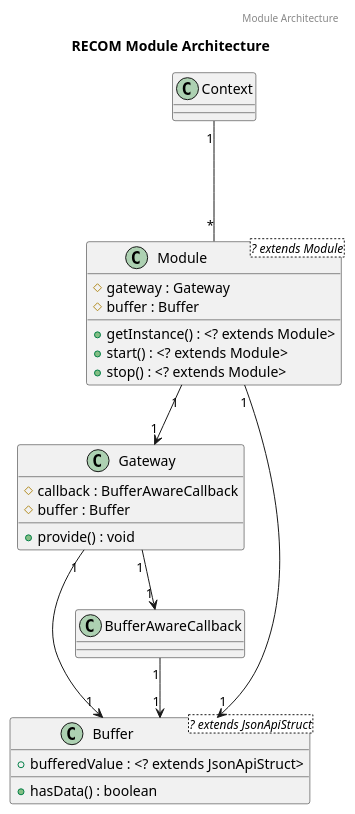
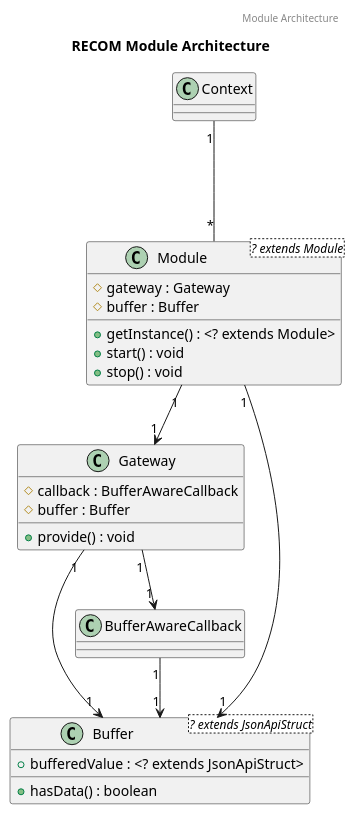
Before and after one commit to svencc/ReforgerCommanderClient: the diagram in docs/ModuleArchitecture.puml, drawn with PlantUML. The commit also changed 2 other files, not shown here.

Commit message:
add module structure doc

```diff
--- a/docs/ModuleArchitecture.puml
+++ b/docs/ModuleArchitecture.puml
@@ -1,38 +1,38 @@
 @startuml
 'https://plantuml.com/class-diagram
 
 header Module Architecture
 title RECOM Module Architecture
 
 class Context
 
 class Module<? extends Module> {
     # gateway : Gateway
     # buffer : Buffer
     + getInstance() : <? extends Module>
-    + start() : <? extends Module>
-    + stop() : <? extends Module>
+    + start() : void
+    + stop() : void
 }
 
 class Gateway {
     # callback : BufferAwareCallback
     # buffer : Buffer
     + provide() : void
 }
 
 class Buffer <? extends JsonApiStruct>{
     + bufferedValue : <? extends JsonApiStruct>
     + hasData() : boolean
 }
 
 class BufferAwareCallback
 
 Context "1" --- "*" Module
 Module "1" --> "1" Gateway
 Module "1" --> "1" Buffer
 Gateway "1" --> "1" Buffer
 Gateway "1" --> "1" BufferAwareCallback
 BufferAwareCallback "1" --> "1" Buffer
 'Value -- Buffer
 
 @enduml
```
